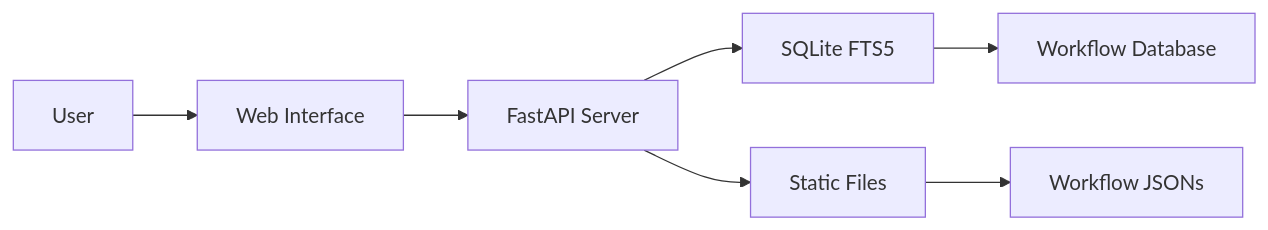
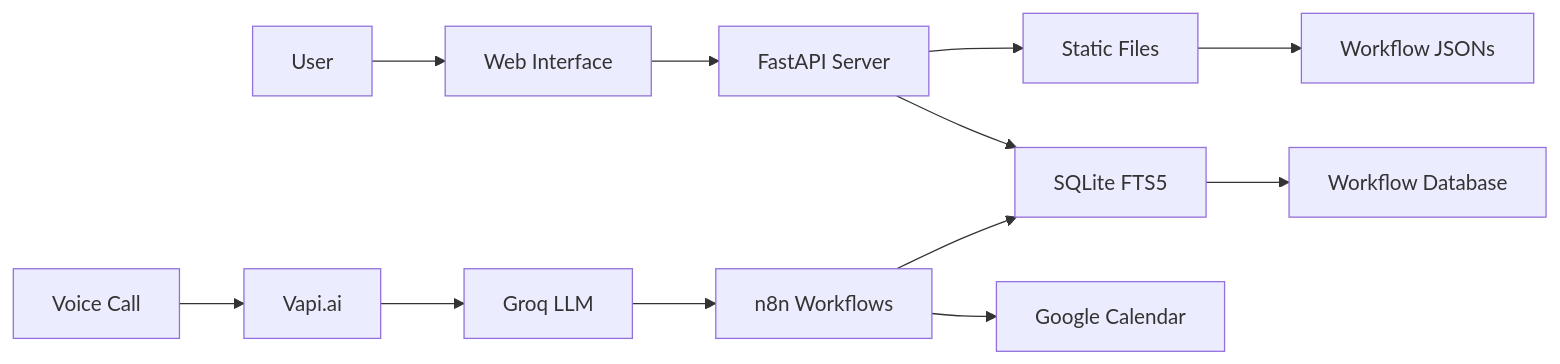
The diagram in README.md (lovey7768/voice-ai-receptionist-n8n), drawn with Mermaid before and after one commit. The commit also changed other lines of this file, not shown here.

Commit message:
Refactor architecture diagrams to reflect complete AI assistant ecosystem with web interface and voice integration

````diff
--- a/README.md
+++ b/README.md
@@ -64,9 +118,14 @@
 ```mermaid
 graph LR
     A[User] --> B[Web Interface]
     B --> C[FastAPI Server]
     C --> D[SQLite FTS5]
     D --> E[Workflow Database]
     C --> F[Static Files]
     F --> G[Workflow JSONs]
+    A2[Voice Call] --> H[Vapi.ai]
+    H --> I[Groq LLM]
+    I --> J[n8n Workflows]
+    J --> K[Google Calendar]
+    J --> D
 ```
````
